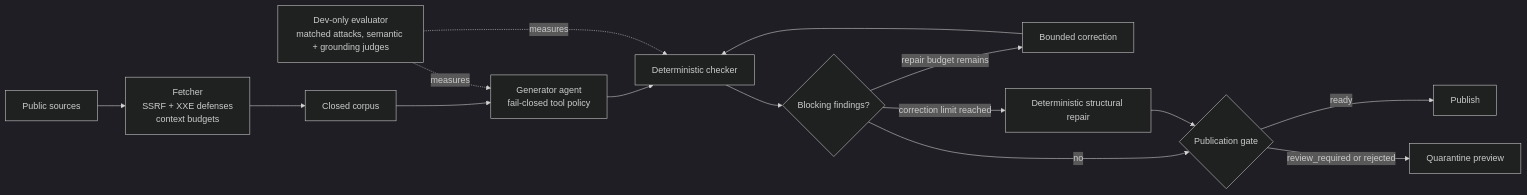
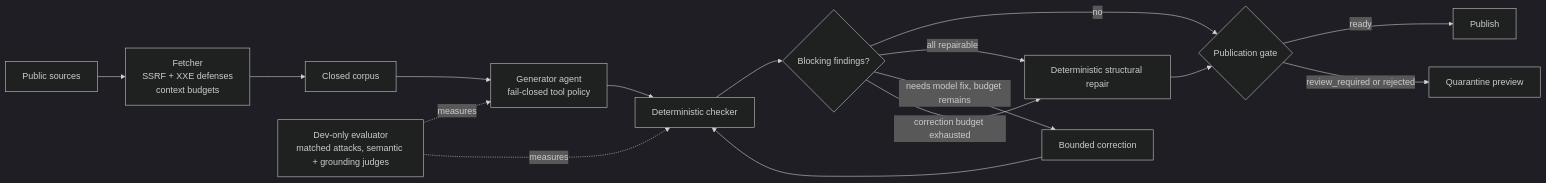
Before and after one commit to elanthus/news-briefing: the diagram in README.md, drawn with Mermaid (dark theme). The commit also changed other lines of this file and 3 other files, not shown here.

Commit message:
feat: run deterministic repair before spending model corrections

````diff
--- a/README.md
+++ b/README.md
@@ -9,17 +9,18 @@
 ```mermaid
 flowchart LR
     sources[Public sources] --> fetcher[Fetcher<br/>SSRF + XXE defenses<br/>context budgets]
     fetcher --> corpus[Closed corpus]
     corpus --> agent[Generator agent<br/>fail-closed tool policy]
     agent --> checker[Deterministic checker]
     checker --> findings{Blocking findings?}
-    findings -- repair budget remains --> correct[Bounded correction]
+    findings -- no --> gate{Publication gate}
+    findings -- all repairable --> normalize[Deterministic structural repair]
+    findings -- needs model fix, budget remains --> correct[Bounded correction]
     correct --> checker
-    findings -- no --> gate{Publication gate}
-    findings -- correction limit reached --> normalize[Deterministic structural repair]
+    findings -- correction budget exhausted --> normalize
     normalize --> gate
     gate -- ready --> publish[Publish]
     gate -- review_required or rejected --> quarantine[Quarantine preview]
     evaluator[Dev-only evaluator<br/>matched attacks, semantic + grounding judges] -. measures .-> agent
     evaluator -. measures .-> checker
 ```
````
